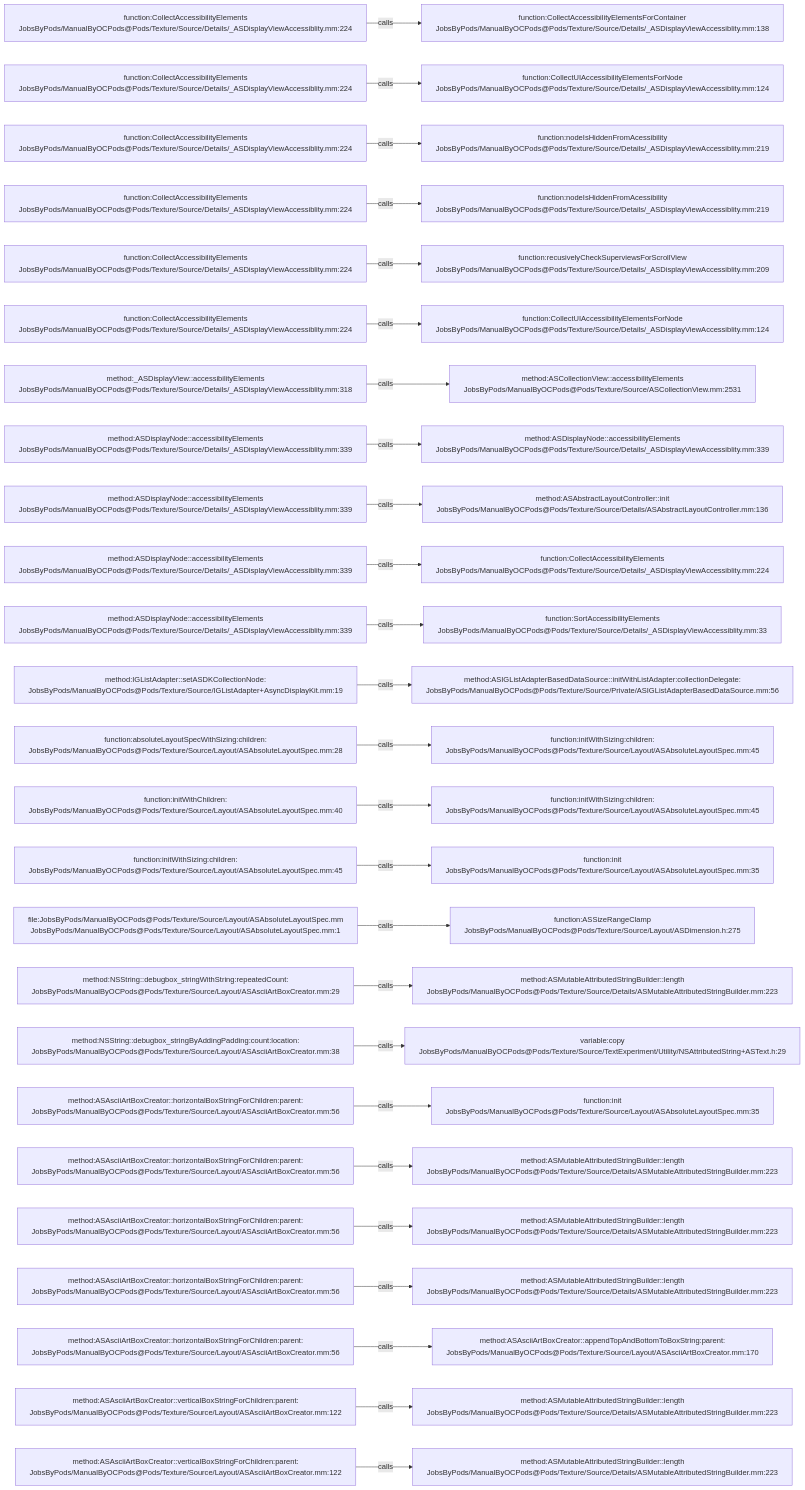
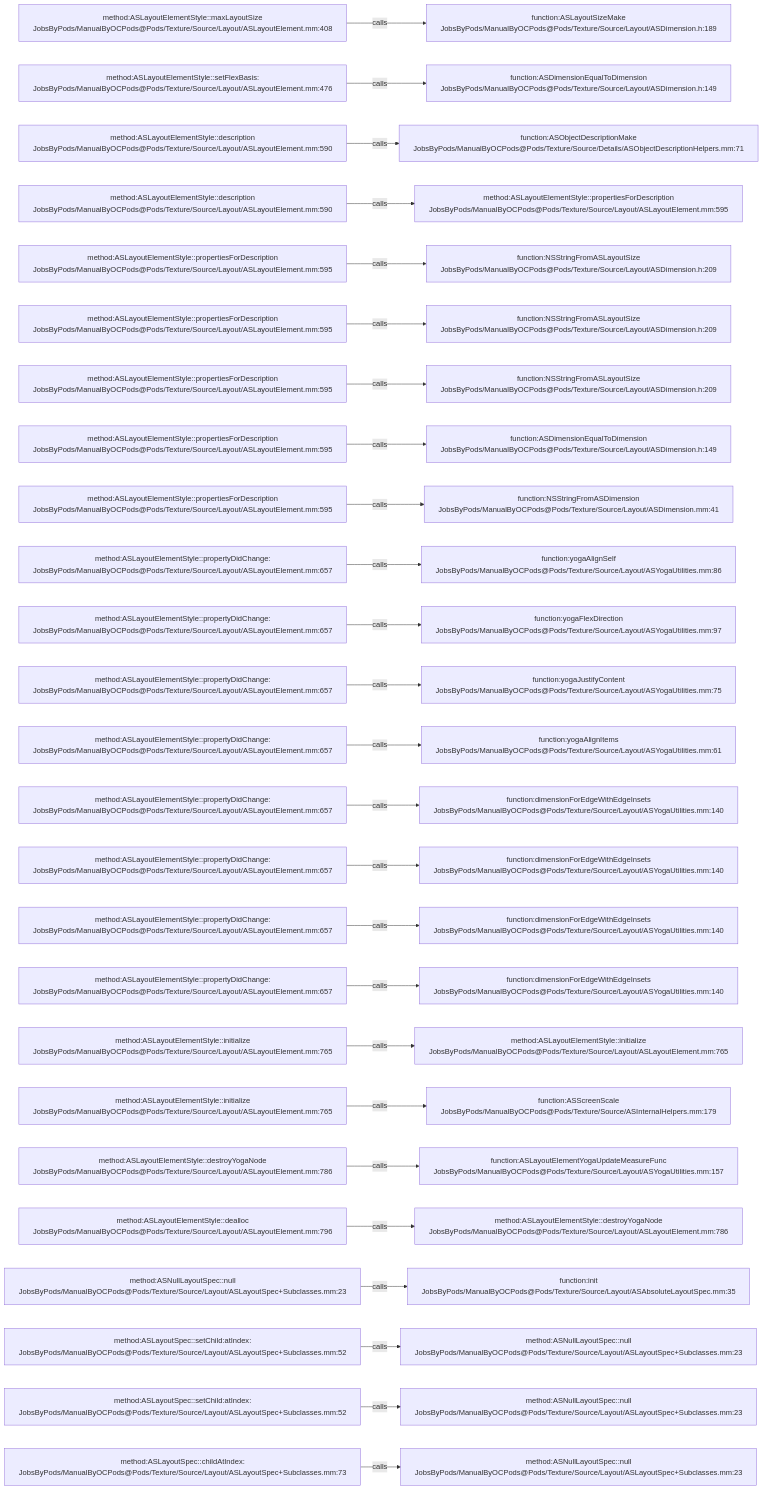
Before and after one commit to JobsKits/JobsOCBaseConfigDemo: the diagram in .codegraph/codegraph.md/graphs/calls-182.md, drawn with Mermaid. The commit also changed 1223 other files, not shown here.

````diff
--- a/.codegraph/codegraph.md/graphs/calls-182.md
+++ b/.codegraph/codegraph.md/graphs/calls-182.md
@@ -13,78 +13,78 @@
 ```mermaid
 flowchart LR
-  S1["function:CollectAccessibilityElements<br/>JobsByPods/ManualByOCPods@Pods/Texture/Source/Details/_ASDisplayViewAccessiblity.mm:224"]
-  T1["function:CollectAccessibilityElementsForContainer<br/>JobsByPods/ManualByOCPods@Pods/Texture/Source/Details/_ASDisplayViewAccessiblity.mm:138"]
+  S1["method:ASLayoutElementStyle::maxLayoutSize<br/>JobsByPods/ManualByOCPods@Pods/Texture/Source/Layout/ASLayoutElement.mm:408"]
+  T1["function:ASLayoutSizeMake<br/>JobsByPods/ManualByOCPods@Pods/Texture/Source/Layout/ASDimension.h:189"]
   S1 -->|calls| T1
-  S2["function:CollectAccessibilityElements<br/>JobsByPods/ManualByOCPods@Pods/Texture/Source/Details/_ASDisplayViewAccessiblity.mm:224"]
-  T2["function:CollectUIAccessibilityElementsForNode<br/>JobsByPods/ManualByOCPods@Pods/Texture/Source/Details/_ASDisplayViewAccessiblity.mm:124"]
+  S2["method:ASLayoutElementStyle::setFlexBasis:<br/>JobsByPods/ManualByOCPods@Pods/Texture/Source/Layout/ASLayoutElement.mm:476"]
+  T2["function:ASDimensionEqualToDimension<br/>JobsByPods/ManualByOCPods@Pods/Texture/Source/Layout/ASDimension.h:149"]
   S2 -->|calls| T2
-  S3["function:CollectAccessibilityElements<br/>JobsByPods/ManualByOCPods@Pods/Texture/Source/Details/_ASDisplayViewAccessiblity.mm:224"]
-  T3["function:nodeIsHiddenFromAcessibility<br/>JobsByPods/ManualByOCPods@Pods/Texture/Source/Details/_ASDisplayViewAccessiblity.mm:219"]
+  S3["method:ASLayoutElementStyle::description<br/>JobsByPods/ManualByOCPods@Pods/Texture/Source/Layout/ASLayoutElement.mm:590"]
+  T3["function:ASObjectDescriptionMake<br/>JobsByPods/ManualByOCPods@Pods/Texture/Source/Details/ASObjectDescriptionHelpers.mm:71"]
   S3 -->|calls| T3
-  S4["function:CollectAccessibilityElements<br/>JobsByPods/ManualByOCPods@Pods/Texture/Source/Details/_ASDisplayViewAccessiblity.mm:224"]
-  T4["function:nodeIsHiddenFromAcessibility<br/>JobsByPods/ManualByOCPods@Pods/Texture/Source/Details/_ASDisplayViewAccessiblity.mm:219"]
+  S4["method:ASLayoutElementStyle::description<br/>JobsByPods/ManualByOCPods@Pods/Texture/Source/Layout/ASLayoutElement.mm:590"]
+  T4["method:ASLayoutElementStyle::propertiesForDescription<br/>JobsByPods/ManualByOCPods@Pods/Texture/Source/Layout/ASLayoutElement.mm:595"]
   S4 -->|calls| T4
-  S5["function:CollectAccessibilityElements<br/>JobsByPods/ManualByOCPods@Pods/Texture/Source/Details/_ASDisplayViewAccessiblity.mm:224"]
-  T5["function:recusivelyCheckSuperviewsForScrollView<br/>JobsByPods/ManualByOCPods@Pods/Texture/Source/Details/_ASDisplayViewAccessiblity.mm:209"]
+  S5["method:ASLayoutElementStyle::propertiesForDescription<br/>JobsByPods/ManualByOCPods@Pods/Texture/Source/Layout/ASLayoutElement.mm:595"]
+  T5["function:NSStringFromASLayoutSize<br/>JobsByPods/ManualByOCPods@Pods/Texture/Source/Layout/ASDimension.h:209"]
   S5 -->|calls| T5
-  S6["function:CollectAccessibilityElements<br/>JobsByPods/ManualByOCPods@Pods/Texture/Source/Details/_ASDisplayViewAccessiblity.mm:224"]
-  T6["function:CollectUIAccessibilityElementsForNode<br/>JobsByPods/ManualByOCPods@Pods/Texture/Source/Details/_ASDisplayViewAccessiblity.mm:124"]
+  S6["method:ASLayoutElementStyle::propertiesForDescription<br/>JobsByPods/ManualByOCPods@Pods/Texture/Source/Layout/ASLayoutElement.mm:595"]
+  T6["function:NSStringFromASLayoutSize<br/>JobsByPods/ManualByOCPods@Pods/Texture/Source/Layout/ASDimension.h:209"]
   S6 -->|calls| T6
-  S7["method:_ASDisplayView::accessibilityElements<br/>JobsByPods/ManualByOCPods@Pods/Texture/Source/Details/_ASDisplayViewAccessiblity.mm:318"]
-  T7["method:ASCollectionView::accessibilityElements<br/>JobsByPods/ManualByOCPods@Pods/Texture/Source/ASCollectionView.mm:2531"]
+  S7["method:ASLayoutElementStyle::propertiesForDescription<br/>JobsByPods/ManualByOCPods@Pods/Texture/Source/Layout/ASLayoutElement.mm:595"]
+  T7["function:NSStringFromASLayoutSize<br/>JobsByPods/ManualByOCPods@Pods/Texture/Source/Layout/ASDimension.h:209"]
   S7 -->|calls| T7
-  S8["method:ASDisplayNode::accessibilityElements<br/>JobsByPods/ManualByOCPods@Pods/Texture/Source/Details/_ASDisplayViewAccessiblity.mm:339"]
-  T8["method:ASDisplayNode::accessibilityElements<br/>JobsByPods/ManualByOCPods@Pods/Texture/Source/Details/_ASDisplayViewAccessiblity.mm:339"]
+  S8["method:ASLayoutElementStyle::propertiesForDescription<br/>JobsByPods/ManualByOCPods@Pods/Texture/Source/Layout/ASLayoutElement.mm:595"]
+  T8["function:ASDimensionEqualToDimension<br/>JobsByPods/ManualByOCPods@Pods/Texture/Source/Layout/ASDimension.h:149"]
   S8 -->|calls| T8
-  S9["method:ASDisplayNode::accessibilityElements<br/>JobsByPods/ManualByOCPods@Pods/Texture/Source/Details/_ASDisplayViewAccessiblity.mm:339"]
-  T9["method:ASAbstractLayoutController::init<br/>JobsByPods/ManualByOCPods@Pods/Texture/Source/Details/ASAbstractLayoutController.mm:136"]
+  S9["method:ASLayoutElementStyle::propertiesForDescription<br/>JobsByPods/ManualByOCPods@Pods/Texture/Source/Layout/ASLayoutElement.mm:595"]
+  T9["function:NSStringFromASDimension<br/>JobsByPods/ManualByOCPods@Pods/Texture/Source/Layout/ASDimension.mm:41"]
   S9 -->|calls| T9
-  S10["method:ASDisplayNode::accessibilityElements<br/>JobsByPods/ManualByOCPods@Pods/Texture/Source/Details/_ASDisplayViewAccessiblity.mm:339"]
-  T10["function:CollectAccessibilityElements<br/>JobsByPods/ManualByOCPods@Pods/Texture/Source/Details/_ASDisplayViewAccessiblity.mm:224"]
+  S10["method:ASLayoutElementStyle::propertyDidChange:<br/>JobsByPods/ManualByOCPods@Pods/Texture/Source/Layout/ASLayoutElement.mm:657"]
+  T10["function:yogaAlignSelf<br/>JobsByPods/ManualByOCPods@Pods/Texture/Source/Layout/ASYogaUtilities.mm:86"]
   S10 -->|calls| T10
-  S11["method:ASDisplayNode::accessibilityElements<br/>JobsByPods/ManualByOCPods@Pods/Texture/Source/Details/_ASDisplayViewAccessiblity.mm:339"]
-  T11["function:SortAccessibilityElements<br/>JobsByPods/ManualByOCPods@Pods/Texture/Source/Details/_ASDisplayViewAccessiblity.mm:33"]
+  S11["method:ASLayoutElementStyle::propertyDidChange:<br/>JobsByPods/ManualByOCPods@Pods/Texture/Source/Layout/ASLayoutElement.mm:657"]
+  T11["function:yogaFlexDirection<br/>JobsByPods/ManualByOCPods@Pods/Texture/Source/Layout/ASYogaUtilities.mm:97"]
   S11 -->|calls| T11
-  S12["method:IGListAdapter::setASDKCollectionNode:<br/>JobsByPods/ManualByOCPods@Pods/Texture/Source/IGListAdapter+AsyncDisplayKit.mm:19"]
-  T12["method:ASIGListAdapterBasedDataSource::initWithListAdapter:collectionDelegate:<br/>JobsByPods/ManualByOCPods@Pods/Texture/Source/Private/ASIGListAdapterBasedDataSource.mm:56"]
+  S12["method:ASLayoutElementStyle::propertyDidChange:<br/>JobsByPods/ManualByOCPods@Pods/Texture/Source/Layout/ASLayoutElement.mm:657"]
+  T12["function:yogaJustifyContent<br/>JobsByPods/ManualByOCPods@Pods/Texture/Source/Layout/ASYogaUtilities.mm:75"]
   S12 -->|calls| T12
-  S13["function:absoluteLayoutSpecWithSizing:children:<br/>JobsByPods/ManualByOCPods@Pods/Texture/Source/Layout/ASAbsoluteLayoutSpec.mm:28"]
-  T13["function:initWithSizing:children:<br/>JobsByPods/ManualByOCPods@Pods/Texture/Source/Layout/ASAbsoluteLayoutSpec.mm:45"]
+  S13["method:ASLayoutElementStyle::propertyDidChange:<br/>JobsByPods/ManualByOCPods@Pods/Texture/Source/Layout/ASLayoutElement.mm:657"]
+  T13["function:yogaAlignItems<br/>JobsByPods/ManualByOCPods@Pods/Texture/Source/Layout/ASYogaUtilities.mm:61"]
   S13 -->|calls| T13
-  S14["function:initWithChildren:<br/>JobsByPods/ManualByOCPods@Pods/Texture/Source/Layout/ASAbsoluteLayoutSpec.mm:40"]
-  T14["function:initWithSizing:children:<br/>JobsByPods/ManualByOCPods@Pods/Texture/Source/Layout/ASAbsoluteLayoutSpec.mm:45"]
+  S14["method:ASLayoutElementStyle::propertyDidChange:<br/>JobsByPods/ManualByOCPods@Pods/Texture/Source/Layout/ASLayoutElement.mm:657"]
+  T14["function:dimensionForEdgeWithEdgeInsets<br/>JobsByPods/ManualByOCPods@Pods/Texture/Source/Layout/ASYogaUtilities.mm:140"]
   S14 -->|calls| T14
-  S15["function:initWithSizing:children:<br/>JobsByPods/ManualByOCPods@Pods/Texture/Source/Layout/ASAbsoluteLayoutSpec.mm:45"]
-  T15["function:init<br/>JobsByPods/ManualByOCPods@Pods/Texture/Source/Layout/ASAbsoluteLayoutSpec.mm:35"]
+  S15["method:ASLayoutElementStyle::propertyDidChange:<br/>JobsByPods/ManualByOCPods@Pods/Texture/Source/Layout/ASLayoutElement.mm:657"]
+  T15["function:dimensionForEdgeWithEdgeInsets<br/>JobsByPods/ManualByOCPods@Pods/Texture/Source/Layout/ASYogaUtilities.mm:140"]
   S15 -->|calls| T15
-  S16["file:JobsByPods/ManualByOCPods@Pods/Texture/Source/Layout/ASAbsoluteLayoutSpec.mm<br/>JobsByPods/ManualByOCPods@Pods/Texture/Source/Layout/ASAbsoluteLayoutSpec.mm:1"]
-  T16["function:ASSizeRangeClamp<br/>JobsByPods/ManualByOCPods@Pods/Texture/Source/Layout/ASDimension.h:275"]
+  S16["method:ASLayoutElementStyle::propertyDidChange:<br/>JobsByPods/ManualByOCPods@Pods/Texture/Source/Layout/ASLayoutElement.mm:657"]
+  T16["function:dimensionForEdgeWithEdgeInsets<br/>JobsByPods/ManualByOCPods@Pods/Texture/Source/Layout/ASYogaUtilities.mm:140"]
   S16 -->|calls| T16
-  S17["method:NSString::debugbox_stringWithString:repeatedCount:<br/>JobsByPods/ManualByOCPods@Pods/Texture/Source/Layout/ASAsciiArtBoxCreator.mm:29"]
-  T17["method:ASMutableAttributedStringBuilder::length<br/>JobsByPods/ManualByOCPods@Pods/Texture/Source/Details/ASMutableAttributedStringBuilder.mm:223"]
+  S17["method:ASLayoutElementStyle::propertyDidChange:<br/>JobsByPods/ManualByOCPods@Pods/Texture/Source/Layout/ASLayoutElement.mm:657"]
+  T17["function:dimensionForEdgeWithEdgeInsets<br/>JobsByPods/ManualByOCPods@Pods/Texture/Source/Layout/ASYogaUtilities.mm:140"]
   S17 -->|calls| T17
-  S18["method:NSString::debugbox_stringByAddingPadding:count:location:<br/>JobsByPods/ManualByOCPods@Pods/Texture/Source/Layout/ASAsciiArtBoxCreator.mm:38"]
-  T18["variable:copy<br/>JobsByPods/ManualByOCPods@Pods/Texture/Source/TextExperiment/Utility/NSAttributedString+ASText.h:29"]
+  S18["method:ASLayoutElementStyle::initialize<br/>JobsByPods/ManualByOCPods@Pods/Texture/Source/Layout/ASLayoutElement.mm:765"]
+  T18["method:ASLayoutElementStyle::initialize<br/>JobsByPods/ManualByOCPods@Pods/Texture/Source/Layout/ASLayoutElement.mm:765"]
   S18 -->|calls| T18
-  S19["method:ASAsciiArtBoxCreator::horizontalBoxStringForChildren:parent:<br/>JobsByPods/ManualByOCPods@Pods/Texture/Source/Layout/ASAsciiArtBoxCreator.mm:56"]
-  T19["function:init<br/>JobsByPods/ManualByOCPods@Pods/Texture/Source/Layout/ASAbsoluteLayoutSpec.mm:35"]
+  S19["method:ASLayoutElementStyle::initialize<br/>JobsByPods/ManualByOCPods@Pods/Texture/Source/Layout/ASLayoutElement.mm:765"]
+  T19["function:ASScreenScale<br/>JobsByPods/ManualByOCPods@Pods/Texture/Source/ASInternalHelpers.mm:179"]
   S19 -->|calls| T19
-  S20["method:ASAsciiArtBoxCreator::horizontalBoxStringForChildren:parent:<br/>JobsByPods/ManualByOCPods@Pods/Texture/Source/Layout/ASAsciiArtBoxCreator.mm:56"]
-  T20["method:ASMutableAttributedStringBuilder::length<br/>JobsByPods/ManualByOCPods@Pods/Texture/Source/Details/ASMutableAttributedStringBuilder.mm:223"]
+  S20["method:ASLayoutElementStyle::destroyYogaNode<br/>JobsByPods/ManualByOCPods@Pods/Texture/Source/Layout/ASLayoutElement.mm:786"]
+  T20["function:ASLayoutElementYogaUpdateMeasureFunc<br/>JobsByPods/ManualByOCPods@Pods/Texture/Source/Layout/ASYogaUtilities.mm:157"]
   S20 -->|calls| T20
-  S21["method:ASAsciiArtBoxCreator::horizontalBoxStringForChildren:parent:<br/>JobsByPods/ManualByOCPods@Pods/Texture/Source/Layout/ASAsciiArtBoxCreator.mm:56"]
-  T21["method:ASMutableAttributedStringBuilder::length<br/>JobsByPods/ManualByOCPods@Pods/Texture/Source/Details/ASMutableAttributedStringBuilder.mm:223"]
+  S21["method:ASLayoutElementStyle::dealloc<br/>JobsByPods/ManualByOCPods@Pods/Texture/Source/Layout/ASLayoutElement.mm:796"]
+  T21["method:ASLayoutElementStyle::destroyYogaNode<br/>JobsByPods/ManualByOCPods@Pods/Texture/Source/Layout/ASLayoutElement.mm:786"]
   S21 -->|calls| T21
-  S22["method:ASAsciiArtBoxCreator::horizontalBoxStringForChildren:parent:<br/>JobsByPods/ManualByOCPods@Pods/Texture/Source/Layout/ASAsciiArtBoxCreator.mm:56"]
-  T22["method:ASMutableAttributedStringBuilder::length<br/>JobsByPods/ManualByOCPods@Pods/Texture/Source/Details/ASMutableAttributedStringBuilder.mm:223"]
+  S22["method:ASNullLayoutSpec::null<br/>JobsByPods/ManualByOCPods@Pods/Texture/Source/Layout/ASLayoutSpec+Subclasses.mm:23"]
+  T22["function:init<br/>JobsByPods/ManualByOCPods@Pods/Texture/Source/Layout/ASAbsoluteLayoutSpec.mm:35"]
   S22 -->|calls| T22
-  S23["method:ASAsciiArtBoxCreator::horizontalBoxStringForChildren:parent:<br/>JobsByPods/ManualByOCPods@Pods/Texture/Source/Layout/ASAsciiArtBoxCreator.mm:56"]
-  T23["method:ASAsciiArtBoxCreator::appendTopAndBottomToBoxString:parent:<br/>JobsByPods/ManualByOCPods@Pods/Texture/Source/Layout/ASAsciiArtBoxCreator.mm:170"]
+  S23["method:ASLayoutSpec::setChild:atIndex:<br/>JobsByPods/ManualByOCPods@Pods/Texture/Source/Layout/ASLayoutSpec+Subclasses.mm:52"]
+  T23["method:ASNullLayoutSpec::null<br/>JobsByPods/ManualByOCPods@Pods/Texture/Source/Layout/ASLayoutSpec+Subclasses.mm:23"]
   S23 -->|calls| T23
-  S24["method:ASAsciiArtBoxCreator::verticalBoxStringForChildren:parent:<br/>JobsByPods/ManualByOCPods@Pods/Texture/Source/Layout/ASAsciiArtBoxCreator.mm:122"]
-  T24["method:ASMutableAttributedStringBuilder::length<br/>JobsByPods/ManualByOCPods@Pods/Texture/Source/Details/ASMutableAttributedStringBuilder.mm:223"]
+  S24["method:ASLayoutSpec::setChild:atIndex:<br/>JobsByPods/ManualByOCPods@Pods/Texture/Source/Layout/ASLayoutSpec+Subclasses.mm:52"]
+  T24["method:ASNullLayoutSpec::null<br/>JobsByPods/ManualByOCPods@Pods/Texture/Source/Layout/ASLayoutSpec+Subclasses.mm:23"]
   S24 -->|calls| T24
-  S25["method:ASAsciiArtBoxCreator::verticalBoxStringForChildren:parent:<br/>JobsByPods/ManualByOCPods@Pods/Texture/Source/Layout/ASAsciiArtBoxCreator.mm:122"]
-  T25["method:ASMutableAttributedStringBuilder::length<br/>JobsByPods/ManualByOCPods@Pods/Texture/Source/Details/ASMutableAttributedStringBuilder.mm:223"]
+  S25["method:ASLayoutSpec::childAtIndex:<br/>JobsByPods/ManualByOCPods@Pods/Texture/Source/Layout/ASLayoutSpec+Subclasses.mm:73"]
+  T25["method:ASNullLayoutSpec::null<br/>JobsByPods/ManualByOCPods@Pods/Texture/Source/Layout/ASLayoutSpec+Subclasses.mm:23"]
   S25 -->|calls| T25
 ```
````
